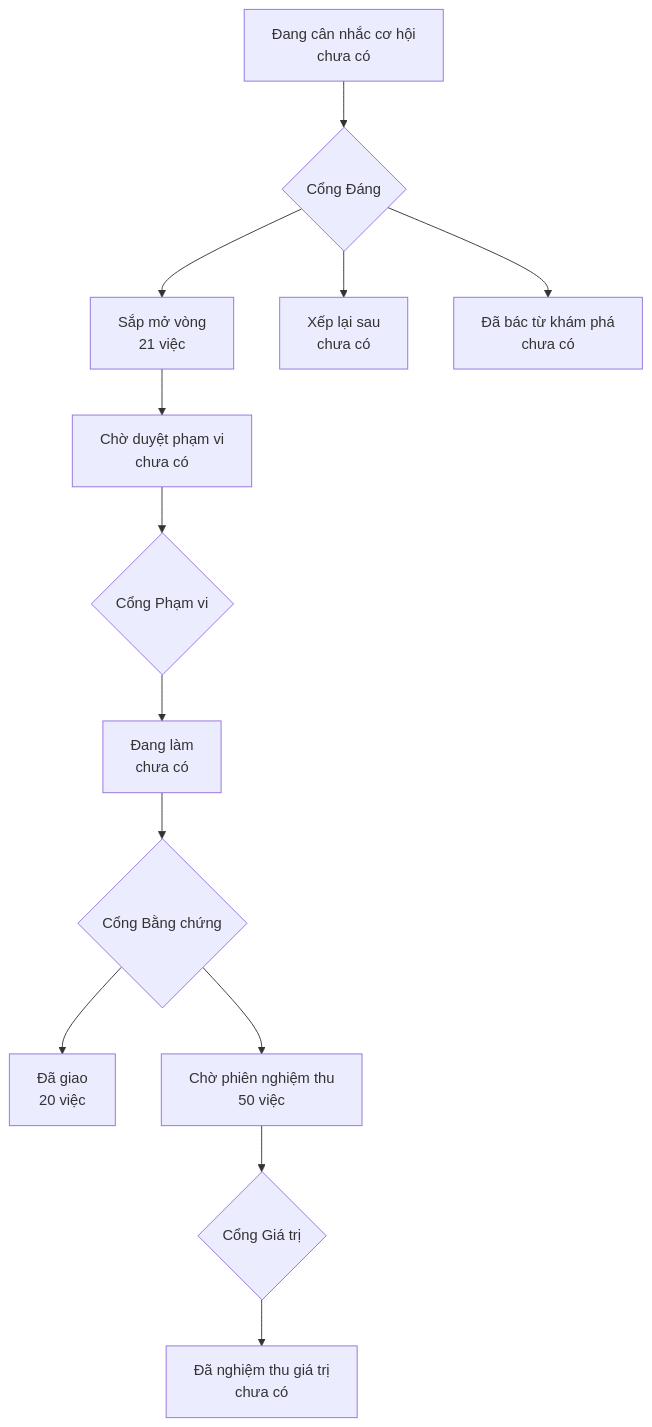
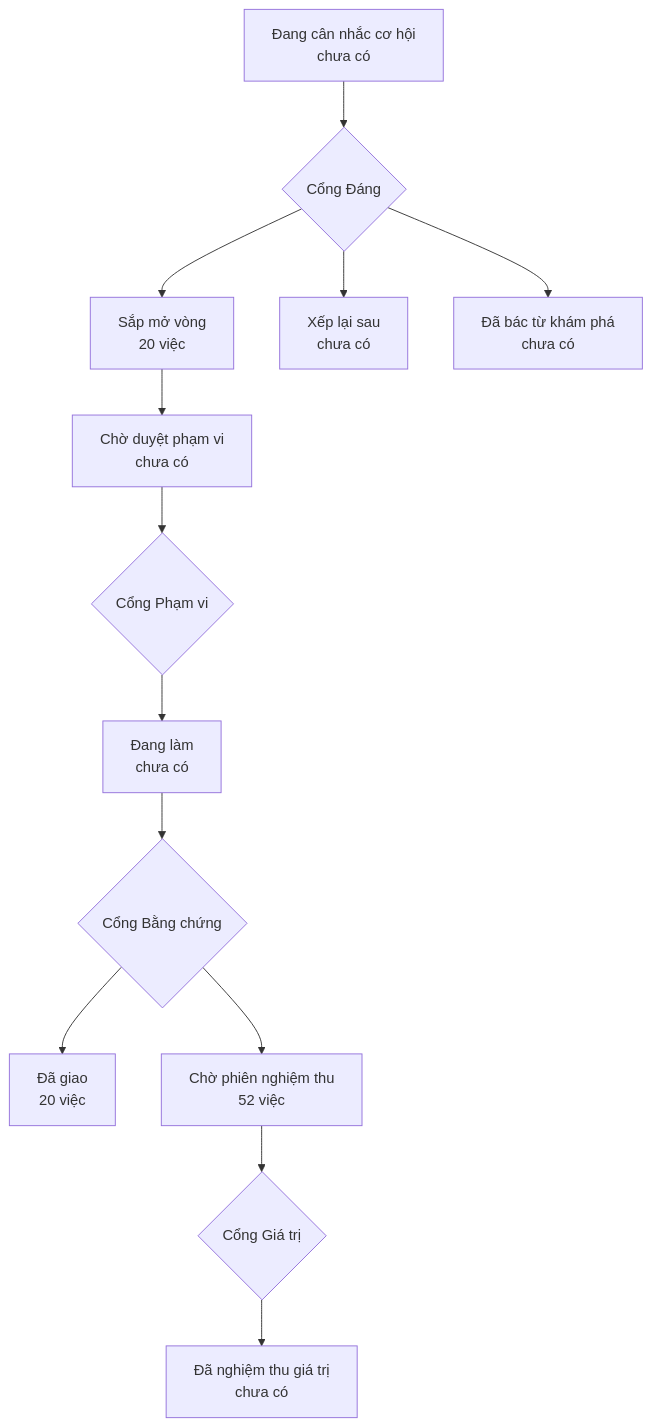
The diagram in PRODUCT-MAP.md (phanlemanh/onehub-quy-hang), drawn with Mermaid before and after one commit. The commit also changed other lines of this file and 1 other file, not shown here.

Commit message:
chore: vẽ lại bản đồ sản phẩm và lộ trình sau gộp main

````diff
--- a/PRODUCT-MAP.md
+++ b/PRODUCT-MAP.md
@@ -7,12 +7,12 @@
 ```mermaid
 flowchart TD
   A["Đang cân nhắc cơ hội<br/>chưa có"] --> GD{"Cổng Đáng"}
-  GD --> B["Sắp mở vòng<br/>21 việc"]
+  GD --> B["Sắp mở vòng<br/>20 việc"]
   GD --> XL["Xếp lại sau<br/>chưa có"]
   GD --> DB["Đã bác từ khám phá<br/>chưa có"]
   B --> CD["Chờ duyệt phạm vi<br/>chưa có"] --> GP{"Cổng Phạm vi"}
   GP --> DL["Đang làm<br/>chưa có"] --> GB{"Cổng Bằng chứng"}
   GB --> DG["Đã giao<br/>20 việc"]
-  GB --> CN["Chờ phiên nghiệm thu<br/>50 việc"] --> GG{"Cổng Giá trị"}
+  GB --> CN["Chờ phiên nghiệm thu<br/>52 việc"] --> GG{"Cổng Giá trị"}
   GG --> NT["Đã nghiệm thu giá trị<br/>chưa có"]
 ```
````
